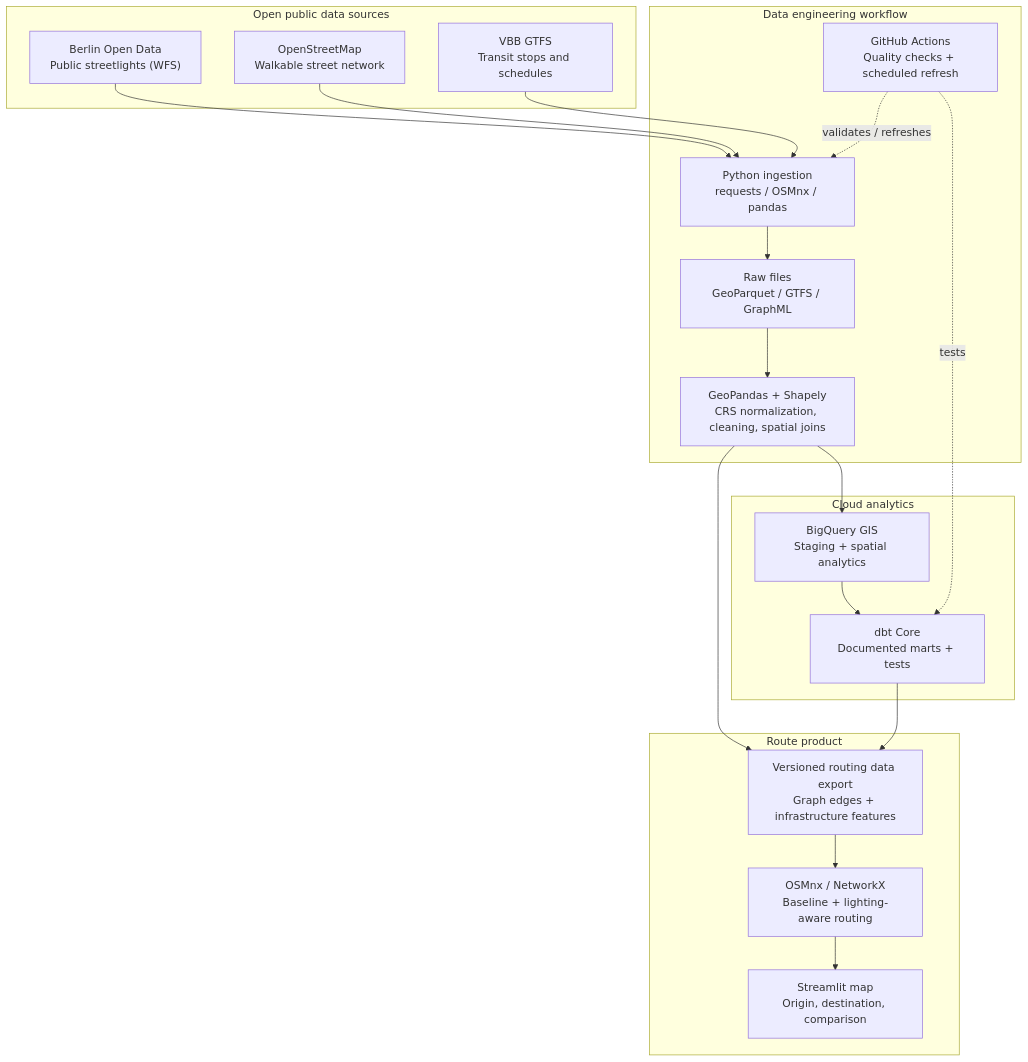
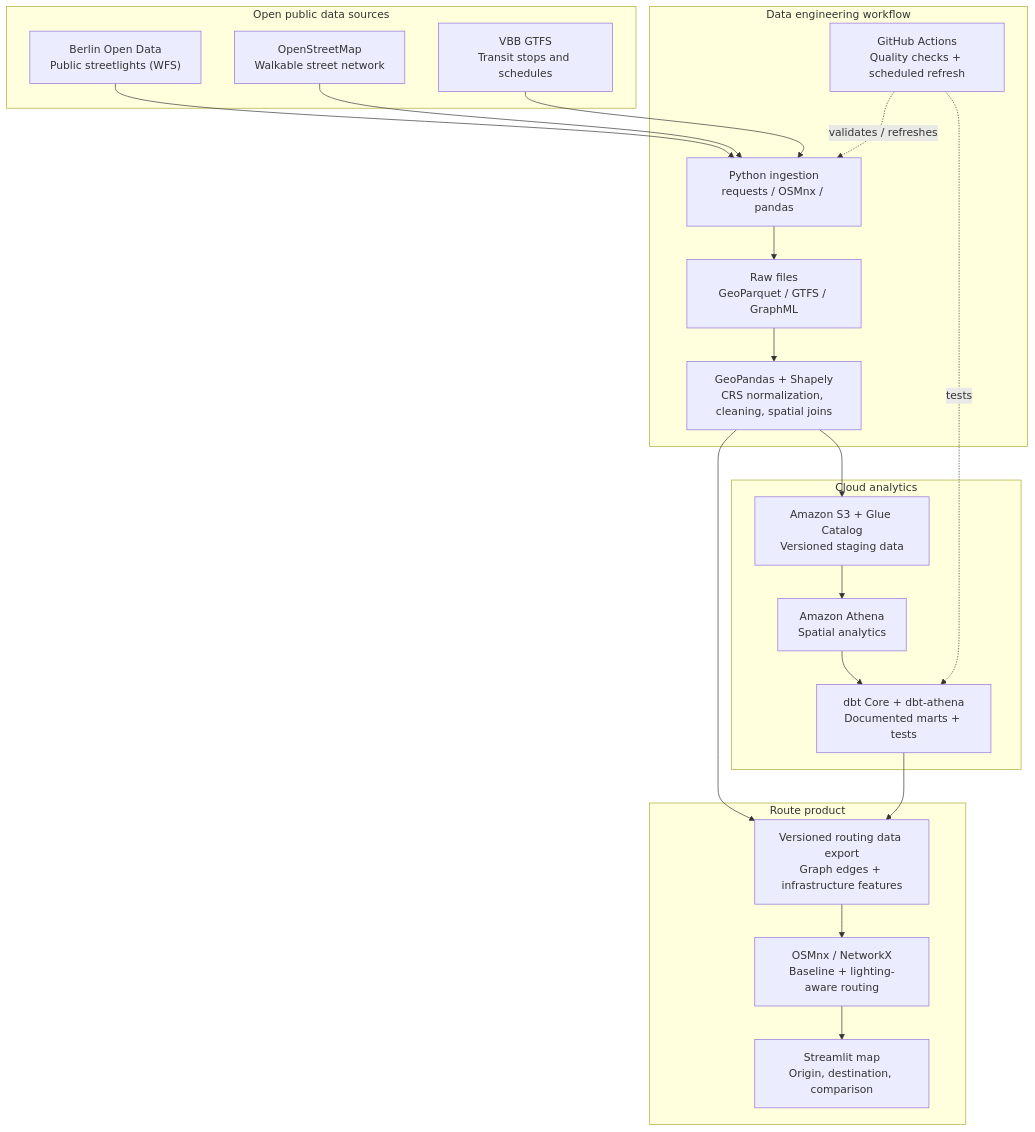
One commit to IshmitaBasu/HerRoute changed the second of 6 diagrams in Project Roadmap.md. Above: the diagram before and after it, drawn with Mermaid. The commit also changed other lines of this file and 10 other files, not shown here.

````diff
--- a/Project Roadmap.md
+++ b/Project Roadmap.md
@@ -95,37 +95,38 @@
 ```mermaid
 flowchart TD
     subgraph SRC["Open public data sources"]
         L["Berlin Open Data<br/>Public streetlights (WFS)"]
         O["OpenStreetMap<br/>Walkable street network"]
         T["VBB GTFS<br/>Transit stops and schedules"]
     end
 
     subgraph PIPE["Data engineering workflow"]
         ING["Python ingestion<br/>requests / OSMnx / pandas"]
         RAW["Raw files<br/>GeoParquet / GTFS / GraphML"]
         GIS["GeoPandas + Shapely<br/>CRS normalization, cleaning, spatial joins"]
         CI["GitHub Actions<br/>Quality checks + scheduled refresh"]
     end
 
     subgraph CLOUD["Cloud analytics"]
-        BQ["BigQuery GIS<br/>Staging + spatial analytics"]
-        DBT["dbt Core<br/>Documented marts + tests"]
+        S3["Amazon S3 + Glue Catalog<br/>Versioned staging data"]
+        ATH["Amazon Athena<br/>Spatial analytics"]
+        DBT["dbt Core + dbt-athena<br/>Documented marts + tests"]
     end
 
     subgraph APP["Route product"]
         FEAT["Versioned routing data export<br/>Graph edges + infrastructure features"]
         ALG["OSMnx / NetworkX<br/>Baseline + lighting-aware routing"]
         UI["Streamlit map<br/>Origin, destination, comparison"]
     end
 
     L --> ING
     O --> ING
     T --> ING
     ING --> RAW --> GIS
-    GIS --> BQ --> DBT
+    GIS --> S3 --> ATH --> DBT
     GIS --> FEAT
     DBT --> FEAT
     FEAT --> ALG --> UI
     CI -."validates / refreshes".-> ING
     CI -."tests".-> DBT
 ```
````
